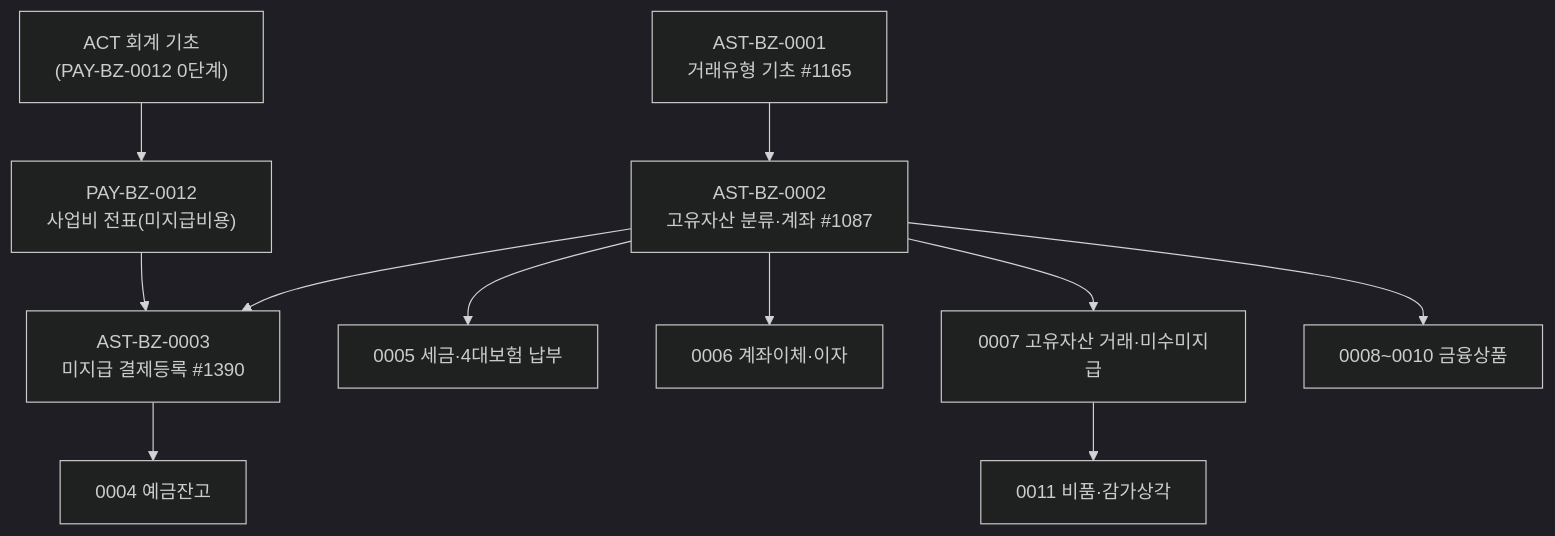
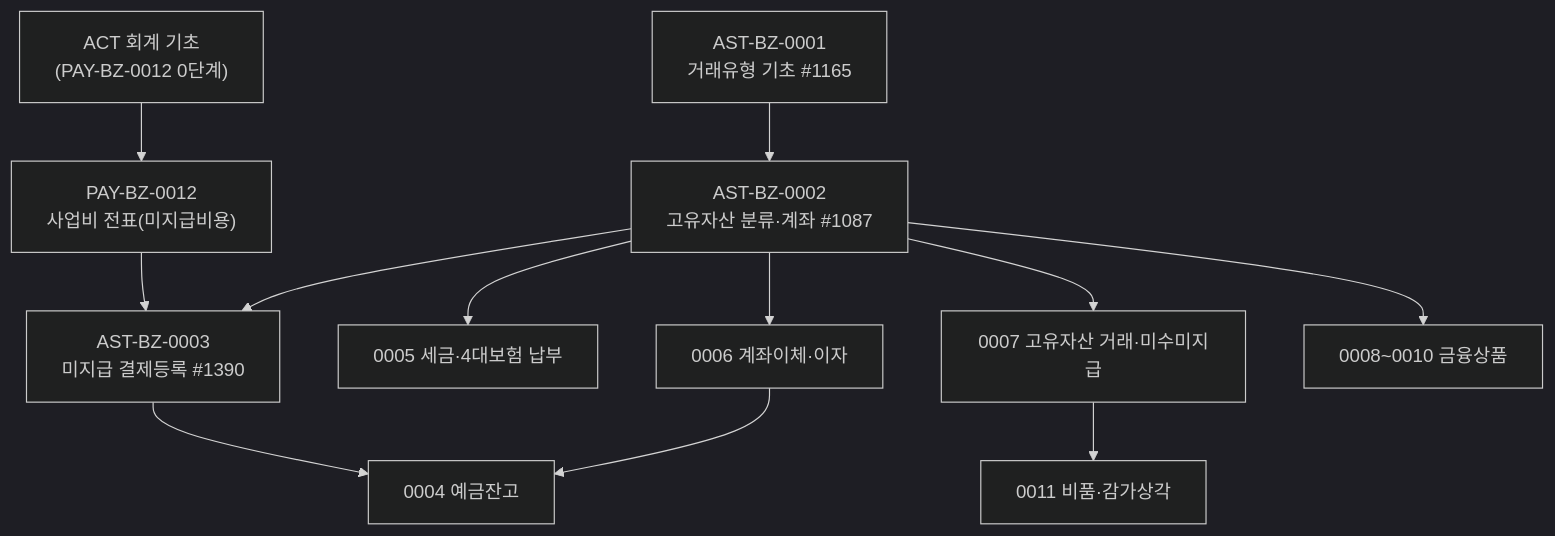
One commit to KimDoYoung/framework-sprt changed the diagram in AssetERP/docs/2-업무분석/biz-event/AST/AST-업무흐름.md. Above: the diagram before and after it, drawn with Mermaid (dark theme). The commit also changed other lines of this file and 6 other files, not shown here.

````diff
--- a/AssetERP/docs/2-업무분석/biz-event/AST/AST-업무흐름.md
+++ b/AssetERP/docs/2-업무분석/biz-event/AST/AST-업무흐름.md
@@ -5,20 +5,20 @@
 ```mermaid
 flowchart TD
     ACT["ACT 회계 기초<br/>(PAY-BZ-0012 0단계)"]
     A1["AST-BZ-0001<br/>거래유형 기초 #1165"]
     A2["AST-BZ-0002<br/>고유자산 분류·계좌 #1087"]
     P12["PAY-BZ-0012<br/>사업비 전표(미지급비용)"]
     A3["AST-BZ-0003<br/>미지급 결제등록 #1390"]
     A4["0004 예금잔고"]
     A5["0005 세금·4대보험 납부"]
     A6["0006 계좌이체·이자"]
     A7["0007 고유자산 거래·미수미지급"]
     A8["0008~0010 금융상품"]
     A11["0011 비품·감가상각"]
     A1 --> A2 --> A3 --> A4
     ACT --> P12 --> A3
     A2 --> A5
-    A2 --> A6
+    A2 --> A6 --> A4
     A2 --> A7 --> A11
     A2 --> A8
 ```
````
